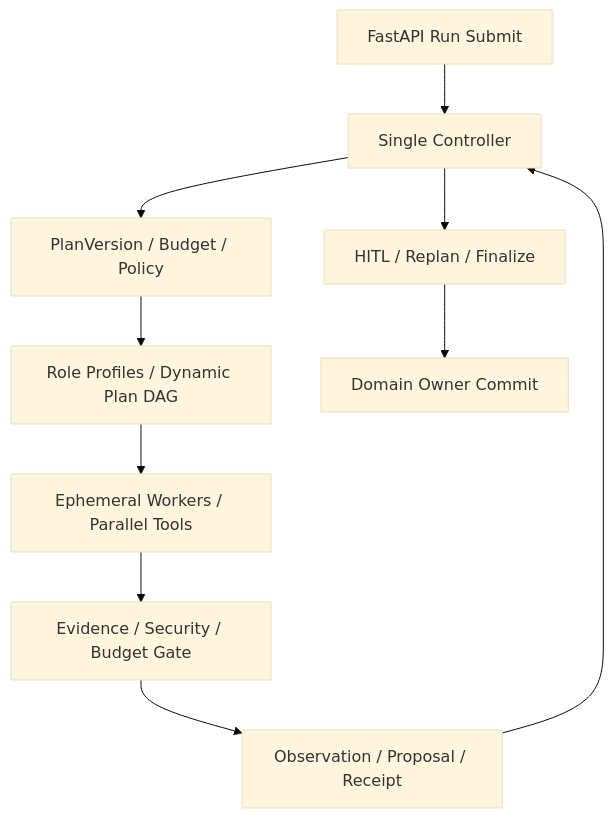
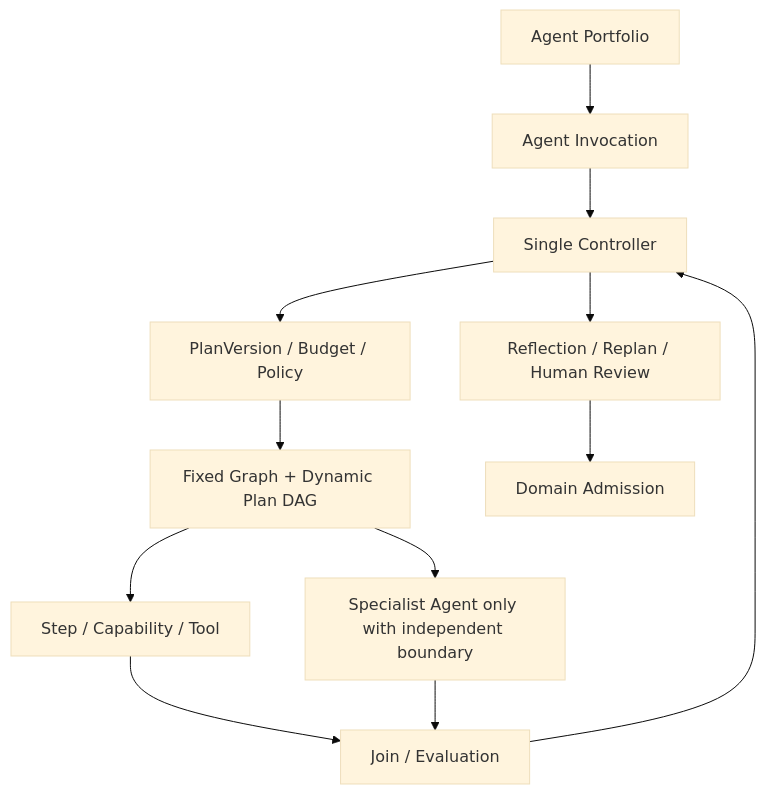
The seventh of 14 diagrams in docs/architecture/architecture-views.md (ProfessorZhi/Zuno), drawn with Mermaid (base theme) before and after one commit. The commit also changed other lines of this file and 3 other files, not shown here.

Commit message:
docs: refine overall architecture module candidates

````diff
--- a/docs/architecture/architecture-views.md
+++ b/docs/architecture/architecture-views.md
@@ -117,12 +136,14 @@
 ```mermaid
 flowchart TB
-  SUBMIT[FastAPI Run Submit] --> COORD[Single Controller]
+  PORTFOLIO[Agent Portfolio] --> SUBMIT[Agent Invocation]
+  SUBMIT --> COORD[Single Controller]
   COORD --> PLAN[PlanVersion / Budget / Policy]
-  PLAN --> ROLE[Role Profiles / Dynamic Plan DAG]
-  ROLE --> WORKER[Ephemeral Workers / Parallel Tools]
-  WORKER --> GATE[Evidence / Security / Budget Gate]
-  GATE --> OBS[Observation / Proposal / Receipt]
-  OBS --> COORD
-  COORD --> HITL[HITL / Replan / Finalize]
-  HITL --> DOMAIN[Domain Owner Commit]
+  PLAN --> DAG[Fixed Graph + Dynamic Plan DAG]
+  DAG --> STEP[Step / Capability / Tool]
+  DAG --> SPEC[Specialist Agent only with independent boundary]
+  STEP --> JOIN[Join / Evaluation]
+  SPEC --> JOIN
+  JOIN --> COORD
+  COORD --> HITL[Reflection / Replan / Human Review]
+  HITL --> DOMAIN[Domain Admission]
 ```
````
